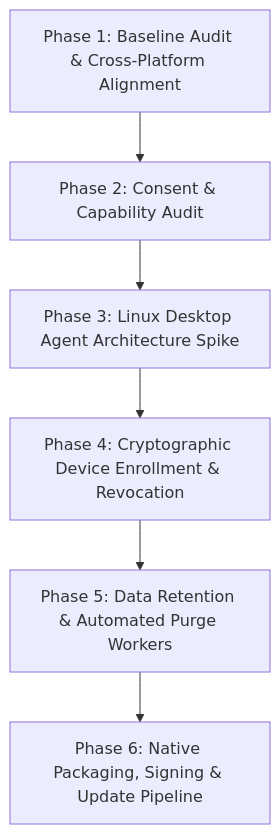
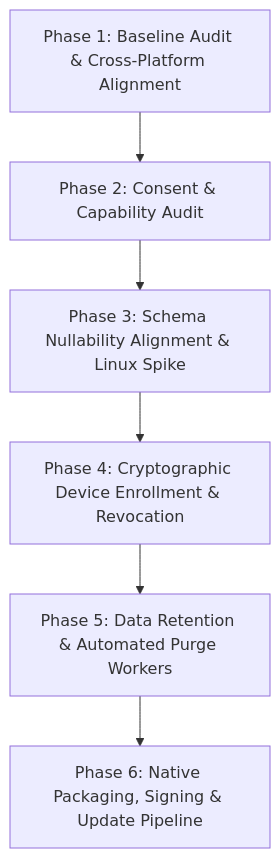
One commit to DosiBridge/Dosi-Tracker changed the diagram in docs/PM_EXECUTION_PLAN.md. Above: the diagram before and after it, drawn with Mermaid. The commit also changed other lines of this file and 2 other files, not shown here.

````diff
--- a/docs/PM_EXECUTION_PLAN.md
+++ b/docs/PM_EXECUTION_PLAN.md
@@ -51,8 +51,8 @@
 ```mermaid
 flowchart TD
     P1[Phase 1: Baseline Audit & Cross-Platform Alignment] --> P2[Phase 2: Consent & Capability Audit]
-    P2 --> P3[Phase 3: Linux Desktop Agent Architecture Spike]
+    P2 --> P3[Phase 3: Schema Nullability Alignment & Linux Spike]
     P3 --> P4[Phase 4: Cryptographic Device Enrollment & Revocation]
     P4 --> P5[Phase 5: Data Retention & Automated Purge Workers]
     P5 --> P6[Phase 6: Native Packaging, Signing & Update Pipeline]
 ```
````
